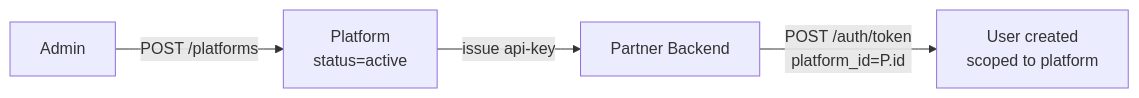
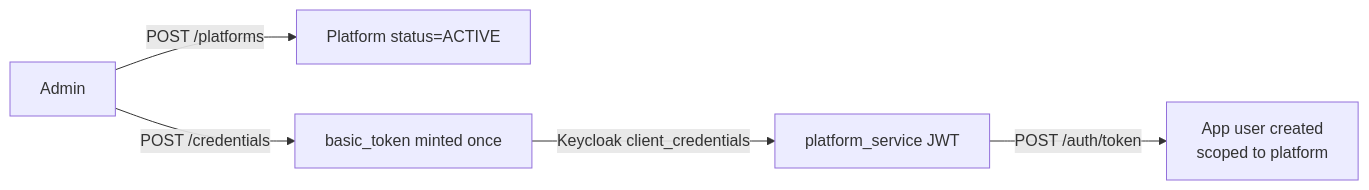
Before and after one commit to anu19981/aarokya-backend: the diagram in api-reference/modules/platform.mdx, drawn with Mermaid. The commit also changed other lines of this file and 82 other files, not shown here.

Commit message:
sync: update api-reference from aarokya-agentic-app

````diff
--- a/api-reference/modules/platform.mdx
+++ b/api-reference/modules/platform.mdx
@@ -21,6 +22,7 @@
 ```mermaid
 flowchart LR
-    Admin -->|POST /platforms| P[Platform\nstatus=active]
-    P -->|issue api-key| Partner[Partner Backend]
-    Partner -->|POST /auth/token\nplatform_id=P.id| User[User created\nscoped to platform]
+    Admin -->|POST /platforms| P[Platform status=ACTIVE]
+    Admin -->|POST /credentials| C[basic_token minted once]
+    C -->|Keycloak client_credentials| T[platform_service JWT]
+    T -->|POST /auth/token| User[App user created<br/>scoped to platform]
 ```
````
